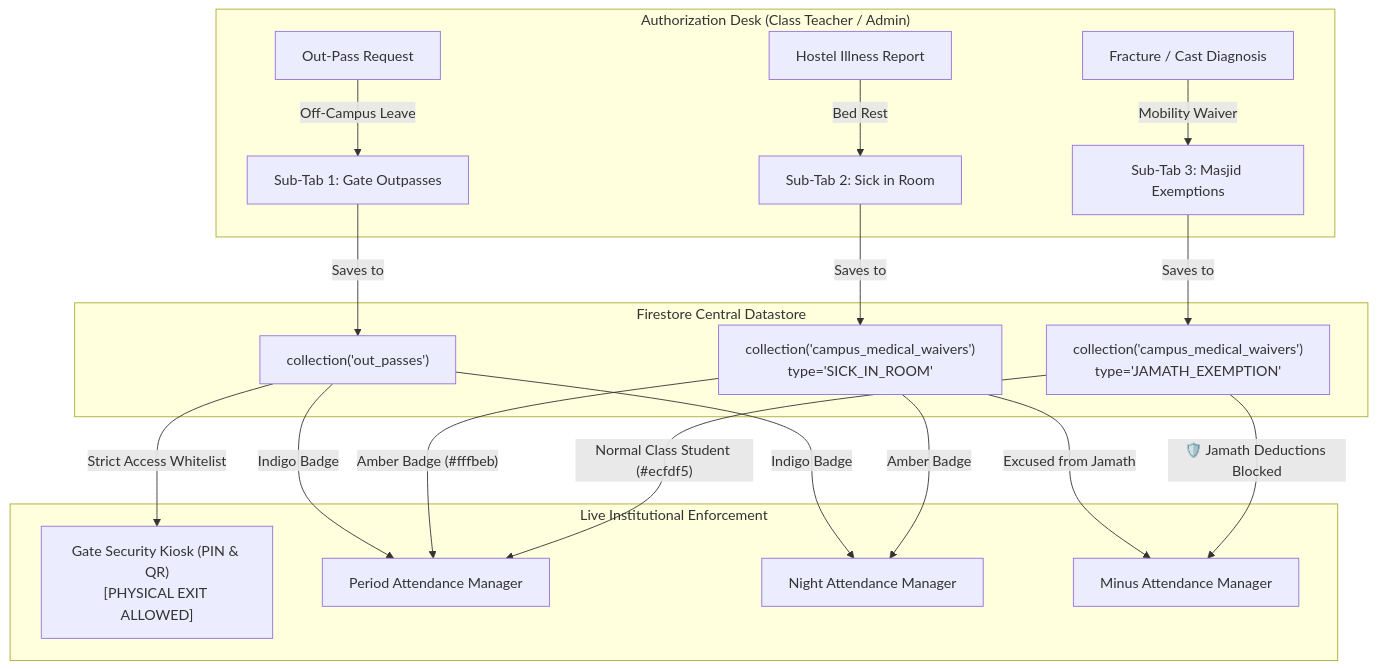
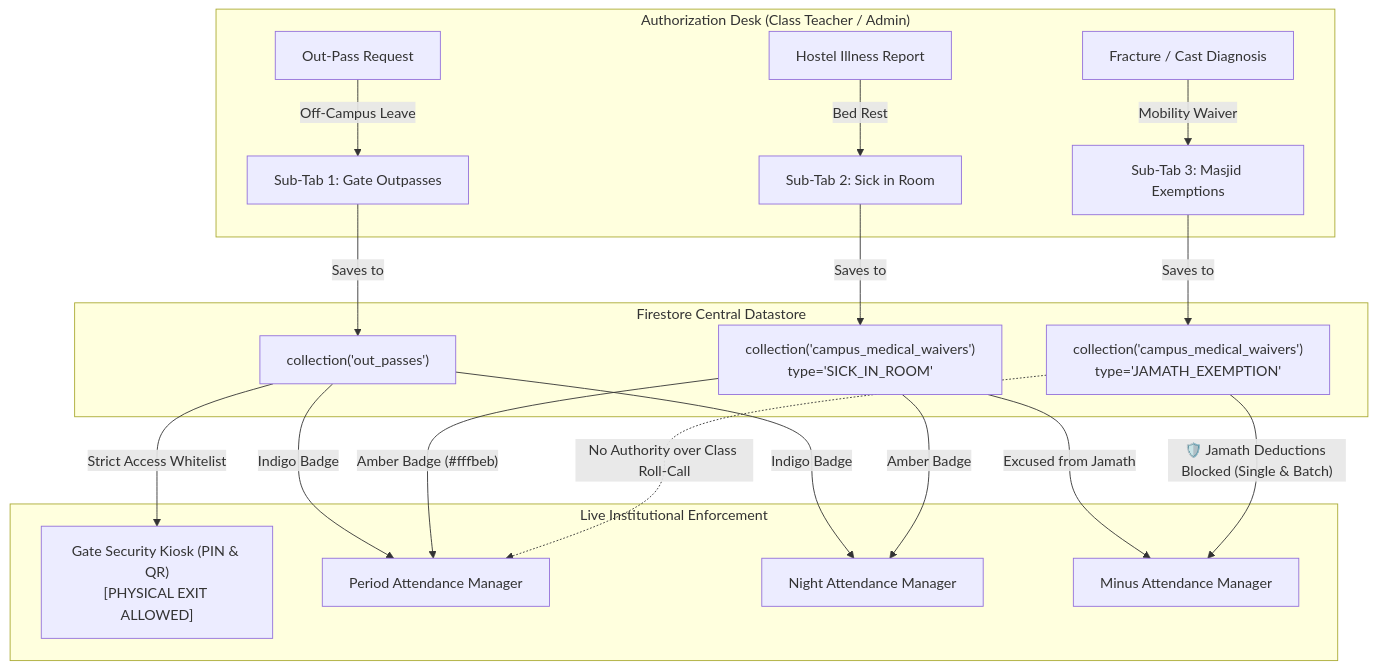
Before and after one commit to safmuzammil/mark-entry-app: the diagram in docs/designs/three_tiered_leaves_and_modal_free_attendance.md, drawn with Mermaid. The commit also changed other lines of this file, not shown here.

````diff
--- a/docs/designs/three_tiered_leaves_and_modal_free_attendance.md
+++ b/docs/designs/three_tiered_leaves_and_modal_free_attendance.md
@@ -52,27 +53,27 @@
 ```mermaid
 flowchart TD
     subgraph Authority["Authorization Desk (Class Teacher / Admin)"]
         A1["Out-Pass Request"] -->|"Off-Campus Leave"| L1["Sub-Tab 1: Gate Outpasses"]
         A2["Hostel Illness Report"] -->|"Bed Rest"| L2["Sub-Tab 2: Sick in Room"]
         A3["Fracture / Cast Diagnosis"] -->|"Mobility Waiver"| L3["Sub-Tab 3: Masjid Exemptions"]
     end
 
     subgraph DataStore["Firestore Central Datastore"]
         L1 -->|"Saves to"| DB_OP["collection('out_passes')"]
         L2 -->|"Saves to"| DB_MW["collection('campus_medical_waivers')\ntype='SICK_IN_ROOM'"]
         L3 -->|"Saves to"| DB_MW2["collection('campus_medical_waivers')\ntype='JAMATH_EXEMPTION'"]
     end
 
     subgraph Enforcement["Live Institutional Enforcement"]
         DB_OP -->|"Strict Access Whitelist"| GATE["Gate Security Kiosk (PIN & QR)\n[PHYSICAL EXIT ALLOWED]"]
         DB_OP -->|"Indigo Badge"| PERIOD["Period Attendance Manager"]
         DB_OP -->|"Indigo Badge"| NIGHT["Night Attendance Manager"]
         
         DB_MW -->|"Amber Badge (#fffbeb)"| PERIOD
         DB_MW -->|"Excused from Jamath"| MINUS["Minus Attendance Manager"]
         DB_MW -->|"Amber Badge"| NIGHT
         
-        DB_MW2 -->|"Normal Class Student (#ecfdf5)"| PERIOD
-        DB_MW2 -->|"🛡️ Jamath Deductions Blocked"| MINUS
+        DB_MW2 -->|"🛡️ Jamath Deductions Blocked (Single & Batch)"| MINUS
+        DB_MW2 -.->|"No Authority over Class Roll-Call"| PERIOD
     end
 ```
````
